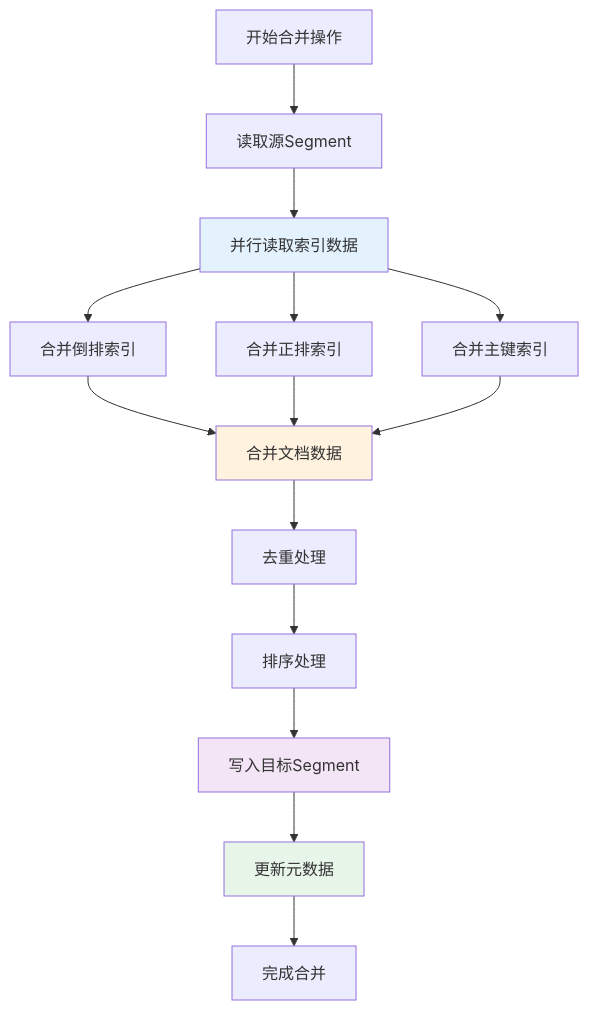
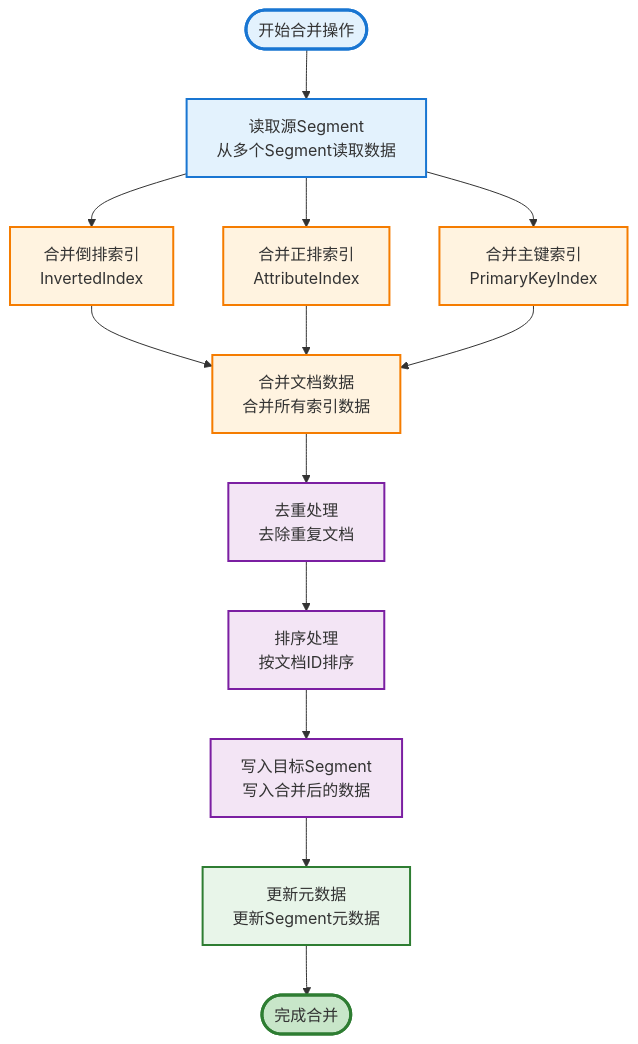
One commit to zhouzhilong-commits/zhouzhilong-commits.github.io changed diagram 11 of 20 in _posts/2025-06-29-indexlib-6-segment-merge.md. Above: the diagram before and after it, drawn with Mermaid. The commit also changed other lines of this file and 2 other files, not shown here.

````diff
--- a/_posts/2025-06-29-indexlib-6-segment-merge.md
+++ b/_posts/2025-06-29-indexlib-6-segment-merge.md
@@ -761,21 +777,34 @@
 ```mermaid
-graph TD
-    A[开始合并操作] --> B[读取源Segment]
-    B --> C[并行读取索引数据]
-    C --> D[合并倒排索引]
-    C --> E[合并正排索引]
-    C --> F[合并主键索引]
-    D --> G[合并文档数据]
-    E --> G
-    F --> G
-    G --> H[去重处理]
-    H --> I[排序处理]
-    I --> J[写入目标Segment]
-    J --> K[更新元数据]
-    K --> L[完成合并]
+flowchart TD
+    Start([开始合并操作]) --> Read[读取源Segment<br/>从多个Segment读取数据]
     
-    style C fill:#e3f2fd
-    style G fill:#fff3e0
-    style J fill:#f3e5f5
-    style K fill:#e8f5e9
+    Read --> MergeInverted[合并倒排索引<br/>InvertedIndex]
+    Read --> MergeAttribute[合并正排索引<br/>AttributeIndex]
+    Read --> MergePrimaryKey[合并主键索引<br/>PrimaryKeyIndex]
+    
+    MergeInverted --> MergeDoc[合并文档数据<br/>合并所有索引数据]
+    MergeAttribute --> MergeDoc
+    MergePrimaryKey --> MergeDoc
+    
+    MergeDoc --> Dedup[去重处理<br/>去除重复文档]
+    
+    Dedup --> Sort[排序处理<br/>按文档ID排序]
+    
+    Sort --> Write[写入目标Segment<br/>写入合并后的数据]
+    
+    Write --> UpdateMeta[更新元数据<br/>更新Segment元数据]
+    
+    UpdateMeta --> End([完成合并])
+    
+    style Start fill:#e3f2fd,stroke:#1976d2,stroke-width:3px
+    style Read fill:#e3f2fd,stroke:#1976d2,stroke-width:2px
+    style MergeInverted fill:#fff3e0,stroke:#f57c00,stroke-width:2px
+    style MergeAttribute fill:#fff3e0,stroke:#f57c00,stroke-width:2px
+    style MergePrimaryKey fill:#fff3e0,stroke:#f57c00,stroke-width:2px
+    style MergeDoc fill:#fff3e0,stroke:#f57c00,stroke-width:2px
+    style Dedup fill:#f3e5f5,stroke:#7b1fa2,stroke-width:2px
+    style Sort fill:#f3e5f5,stroke:#7b1fa2,stroke-width:2px
+    style Write fill:#f3e5f5,stroke:#7b1fa2,stroke-width:2px
+    style UpdateMeta fill:#e8f5e9,stroke:#2e7d32,stroke-width:2px
+    style End fill:#c8e6c9,stroke:#2e7d32,stroke-width:3px
 ```
````
